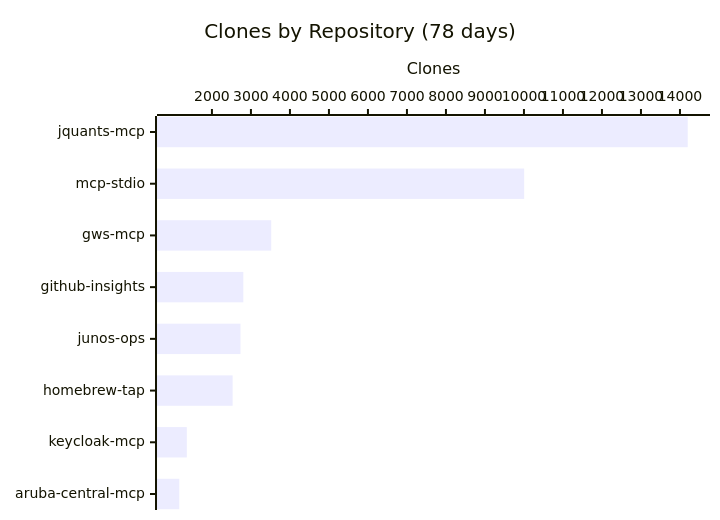
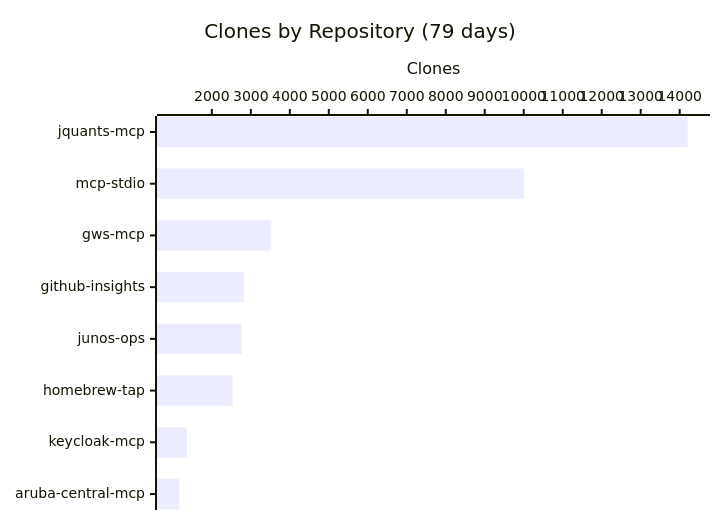
Before and after one commit to shigechika/github-insights: the third of 3 diagrams in README.md, drawn with Mermaid. The commit also changed other lines of this file and 2 other files, not shown here.

````diff
--- a/README.md
+++ b/README.md
@@ -43,7 +43,7 @@
 ```mermaid
 xychart-beta horizontal
-    title "Clones by Repository (78 days)"
+    title "Clones by Repository (79 days)"
     x-axis ["jquants-mcp", "mcp-stdio", "gws-mcp", "github-insights", "junos-ops", "homebrew-tap", "keycloak-mcp", "aruba-central-mcp"]
     y-axis "Clones"
-    bar [14199, 10006, 3520, 2805, 2732, 2530, 1356, 1163]
+    bar [14206, 10014, 3523, 2827, 2761, 2534, 1359, 1165]
 ```
````
